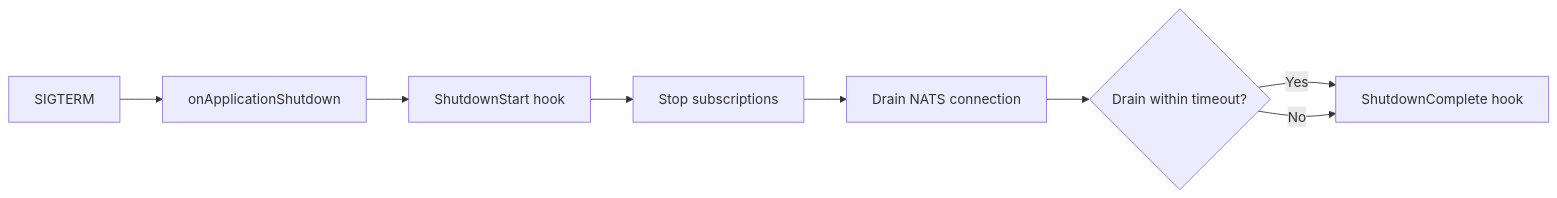
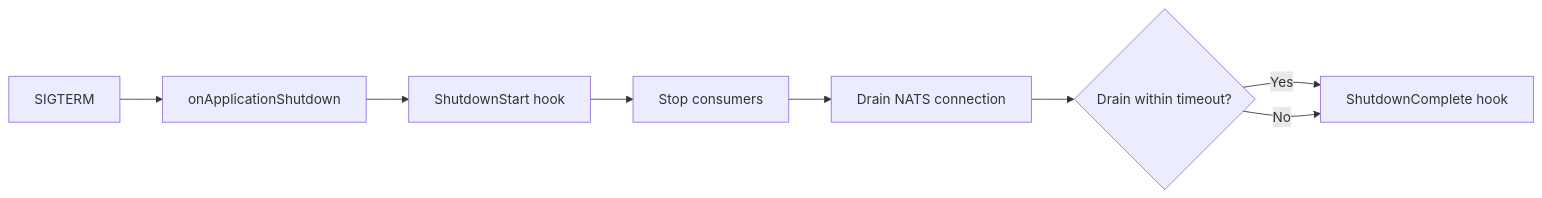
Before and after one commit to HorizonRepublic/nestjs-jetstream: the diagram in website/docs/guides/graceful-shutdown.md, drawn with Mermaid. The commit also changed other lines of this file and 35 other files, not shown here.

````diff
--- a/website/docs/guides/graceful-shutdown.md
+++ b/website/docs/guides/graceful-shutdown.md
@@ -20,10 +26,10 @@
 ```mermaid
 flowchart LR
     A[SIGTERM] --> B[onApplicationShutdown]
     B --> C[ShutdownStart hook]
-    C --> D[Stop subscriptions]
+    C --> D[Stop consumers]
     D --> E[Drain NATS connection]
     E --> F{Drain within timeout?}
     F -- Yes --> G[ShutdownComplete hook]
     F -- No --> G
 ```
````
